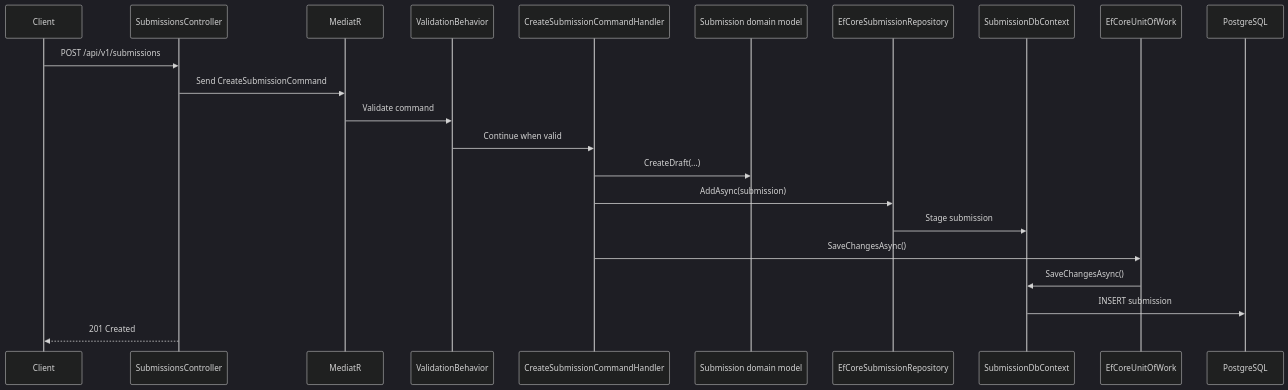
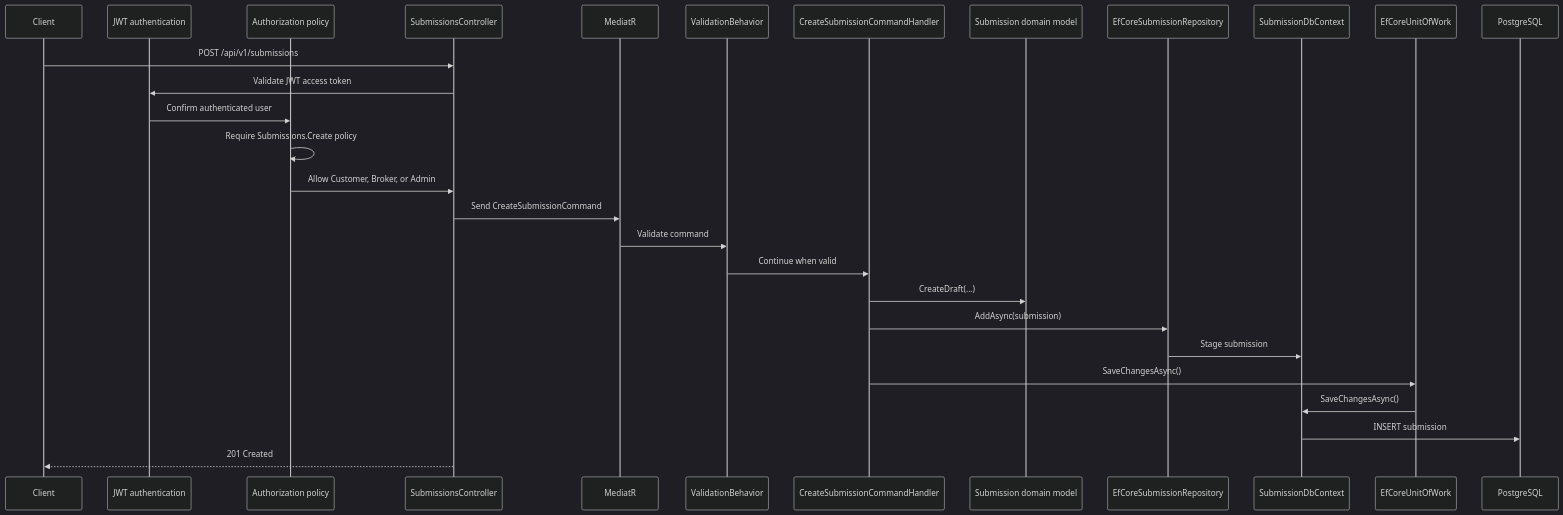
One commit to paulbuer08/LIAnsureProtect changed the fourth of 6 diagrams in docs/dev/run-the-app.md. Above: the diagram before and after it, drawn with Mermaid (dark theme). The commit also changed other lines of this file and 22 other files, not shown here.

````diff
--- a/docs/dev/run-the-app.md
+++ b/docs/dev/run-the-app.md
@@ -382,25 +393,31 @@
 ```mermaid
 sequenceDiagram
     participant Client
+    participant Authn as JWT authentication
+    participant Authz as Authorization policy
     participant Controller as SubmissionsController
     participant MediatR
     participant Validation as ValidationBehavior
     participant Handler as CreateSubmissionCommandHandler
     participant Domain as Submission domain model
     participant Repository as EfCoreSubmissionRepository
     participant Db as SubmissionDbContext
     participant Uow as EfCoreUnitOfWork
     participant Pg as PostgreSQL
 
     Client->>Controller: POST /api/v1/submissions
+    Controller->>Authn: Validate JWT access token
+    Authn->>Authz: Confirm authenticated user
+    Authz->>Authz: Require Submissions.Create policy
+    Authz->>Controller: Allow Customer, Broker, or Admin
     Controller->>MediatR: Send CreateSubmissionCommand
     MediatR->>Validation: Validate command
     Validation->>Handler: Continue when valid
     Handler->>Domain: CreateDraft(...)
     Handler->>Repository: AddAsync(submission)
     Repository->>Db: Stage submission
     Handler->>Uow: SaveChangesAsync()
     Uow->>Db: SaveChangesAsync()
     Db->>Pg: INSERT submission
     Controller-->>Client: 201 Created
 ```
````
